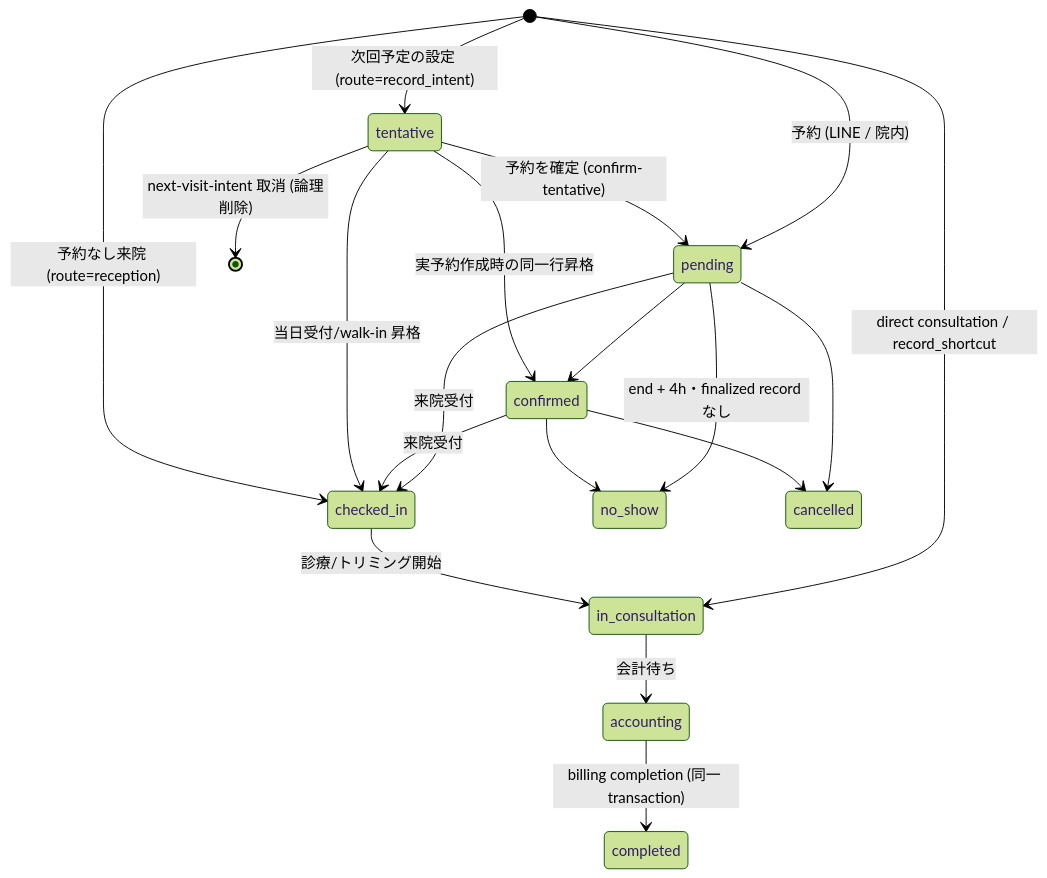
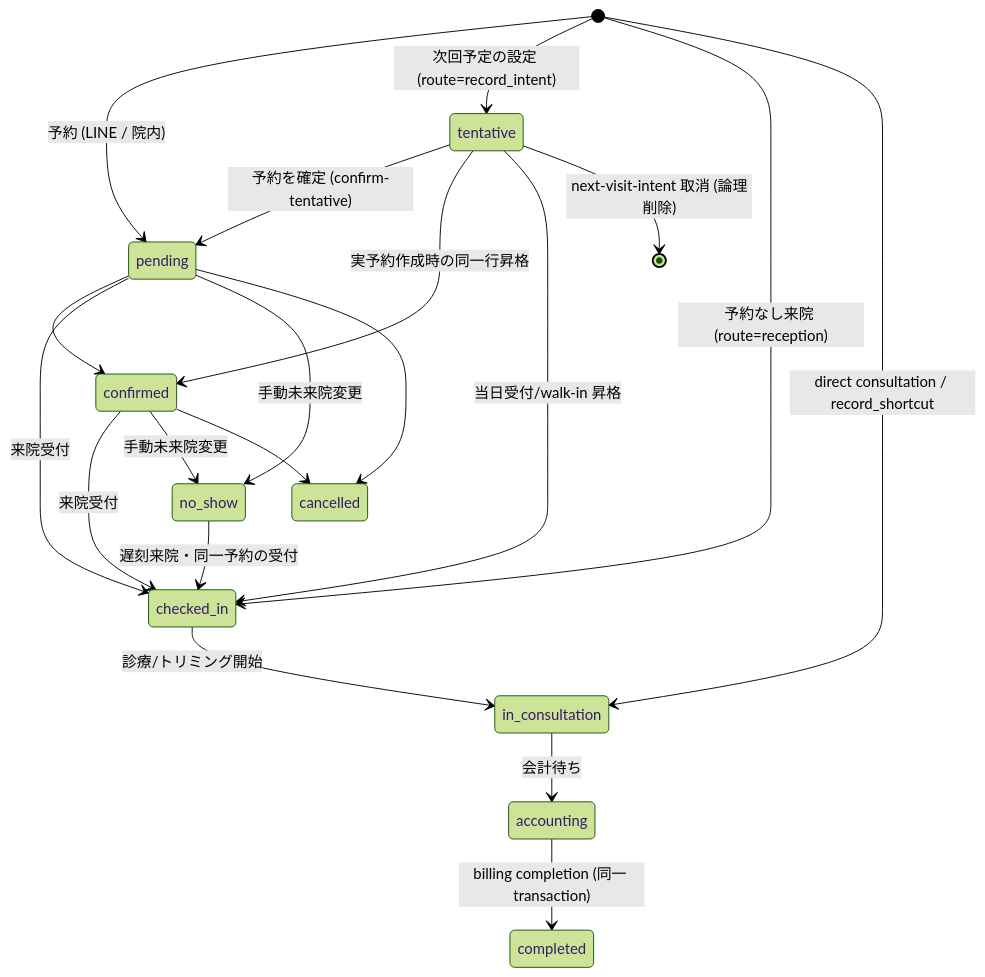
The diagram in docs/spec/workflows/reservation-to-record-flow.md (MinoruSoga/AnimalEkarte), drawn with Mermaid (forest theme) before and after one commit. The commit also changed other lines of this file and 72 other files, not shown here.

````diff
--- a/docs/spec/workflows/reservation-to-record-flow.md
+++ b/docs/spec/workflows/reservation-to-record-flow.md
@@ -122,21 +325,22 @@
 ```mermaid
 stateDiagram-v2
     [*] --> pending : 予約 (LINE / 院内)
     [*] --> tentative : 次回予定の設定 (route=record_intent)
     pending --> confirmed
     pending --> checked_in : 来院受付
     confirmed --> checked_in : 来院受付
     tentative --> pending : 予約を確定 (confirm-tentative)
     tentative --> confirmed : 実予約作成時の同一行昇格
     tentative --> checked_in : 当日受付/walk-in 昇格
     tentative --> [*] : next-visit-intent 取消 (論理削除)
     [*] --> checked_in : 予約なし来院 (route=reception)
     [*] --> in_consultation : direct consultation / record_shortcut
     checked_in --> in_consultation : 診療/トリミング開始
     in_consultation --> accounting : 会計待ち
     accounting --> completed : billing completion (同一 transaction)
-    pending --> no_show : end + 4h・finalized record なし
-    confirmed --> no_show
+    pending --> no_show : 手動未来院変更
+    confirmed --> no_show : 手動未来院変更
+    no_show --> checked_in : 遅刻来院・同一予約の受付
     pending --> cancelled
     confirmed --> cancelled
 ```
````
